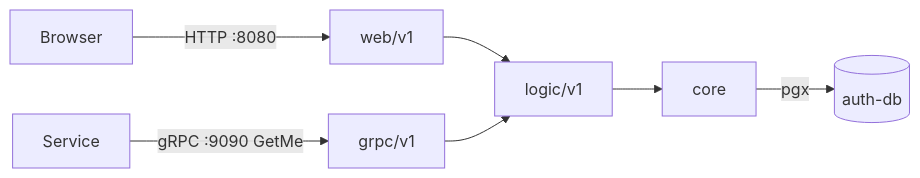
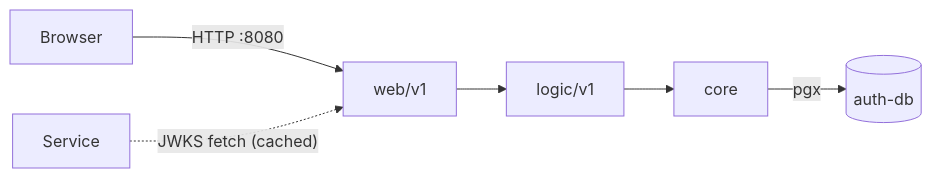
One commit to duynhlab/auth-service changed the diagram in AGENTS.md. Above: the diagram before and after it, drawn with Mermaid. The commit also changed other lines of this file and 2 other files, not shown here.

````diff
--- a/AGENTS.md
+++ b/AGENTS.md
@@ -121,9 +119,8 @@
 ```mermaid
 flowchart LR
     Browser -->|HTTP :8080| Web[web/v1]
-    Service -->|gRPC :9090 GetMe| GRPC[grpc/v1]
+    Service -. "JWKS fetch (cached)" .-> Web
     Web --> Logic[logic/v1]
-    GRPC --> Logic
     Logic --> Core[core]
     Core -->|pgx| DB[(auth-db)]
 ```
````
